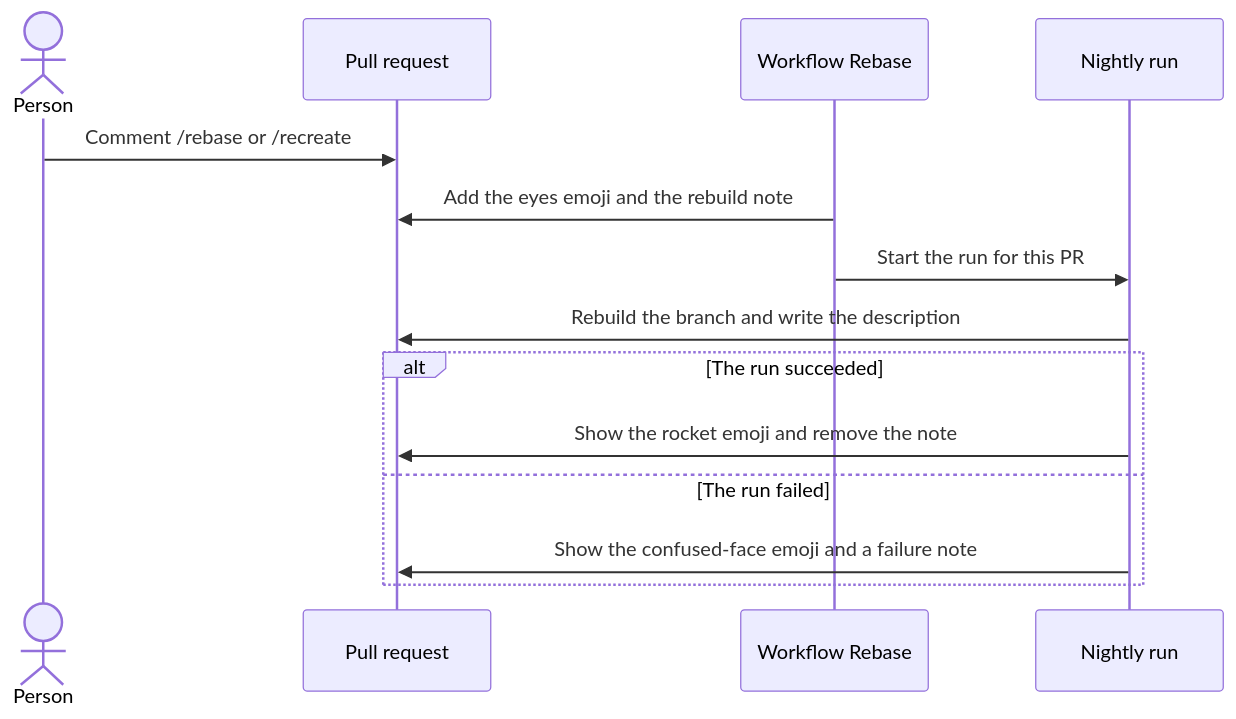
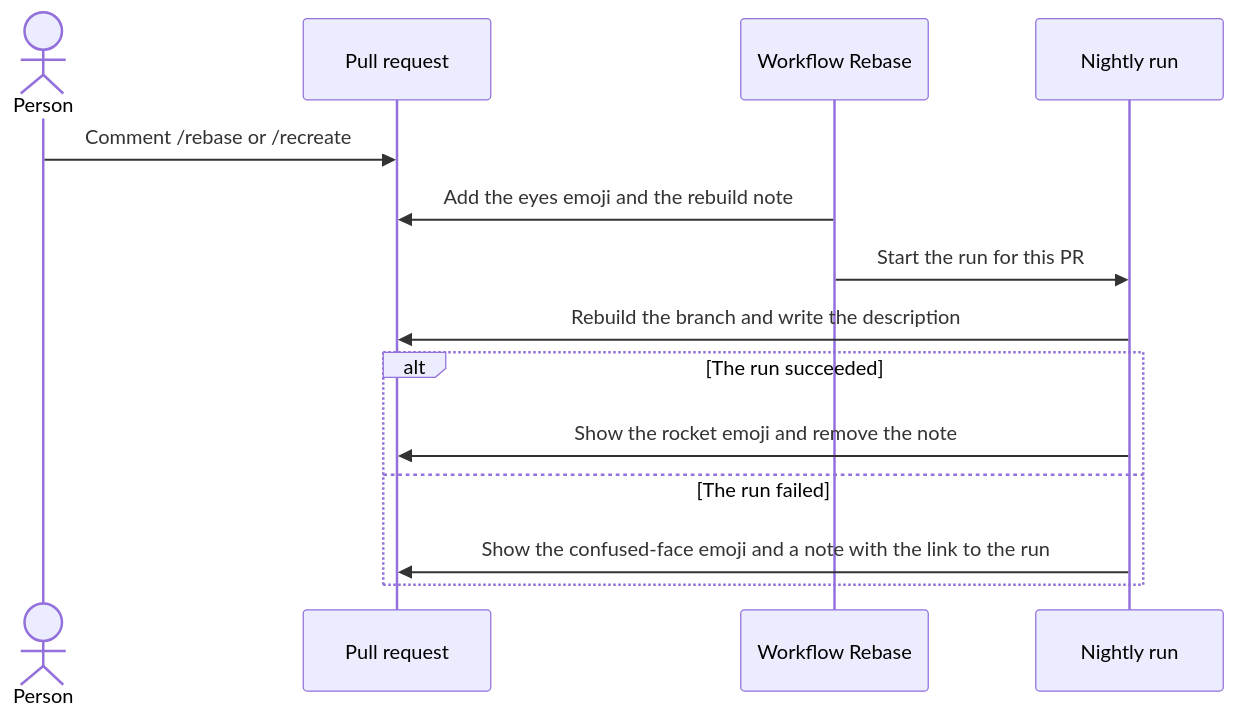
The seventh of 7 diagrams in docs/security/dependencies.md (Unique-AG/connectors), drawn with Mermaid before and after one commit. The commit also changed other lines of this file and 2 other files, not shown here.

Commit message:
docs(main): sweep the security docs to tables, diagrams, and short sentences

````diff
--- a/docs/security/dependencies.md
+++ b/docs/security/dependencies.md
@@ -161,16 +189,16 @@
 ```mermaid
 sequenceDiagram
   actor Person
   participant PR as Pull request
   participant Rebase as Workflow Rebase
   participant Nightly as Nightly run
   Person->>PR: Comment /rebase or /recreate
   Rebase->>PR: Add the eyes emoji and the rebuild note
   Rebase->>Nightly: Start the run for this PR
   Nightly->>PR: Rebuild the branch and write the description
   alt The run succeeded
     Nightly->>PR: Show the rocket emoji and remove the note
   else The run failed
-    Nightly->>PR: Show the confused-face emoji and a failure note
+    Nightly->>PR: Show the confused-face emoji and a note with the link to the run
   end
 ```
````
